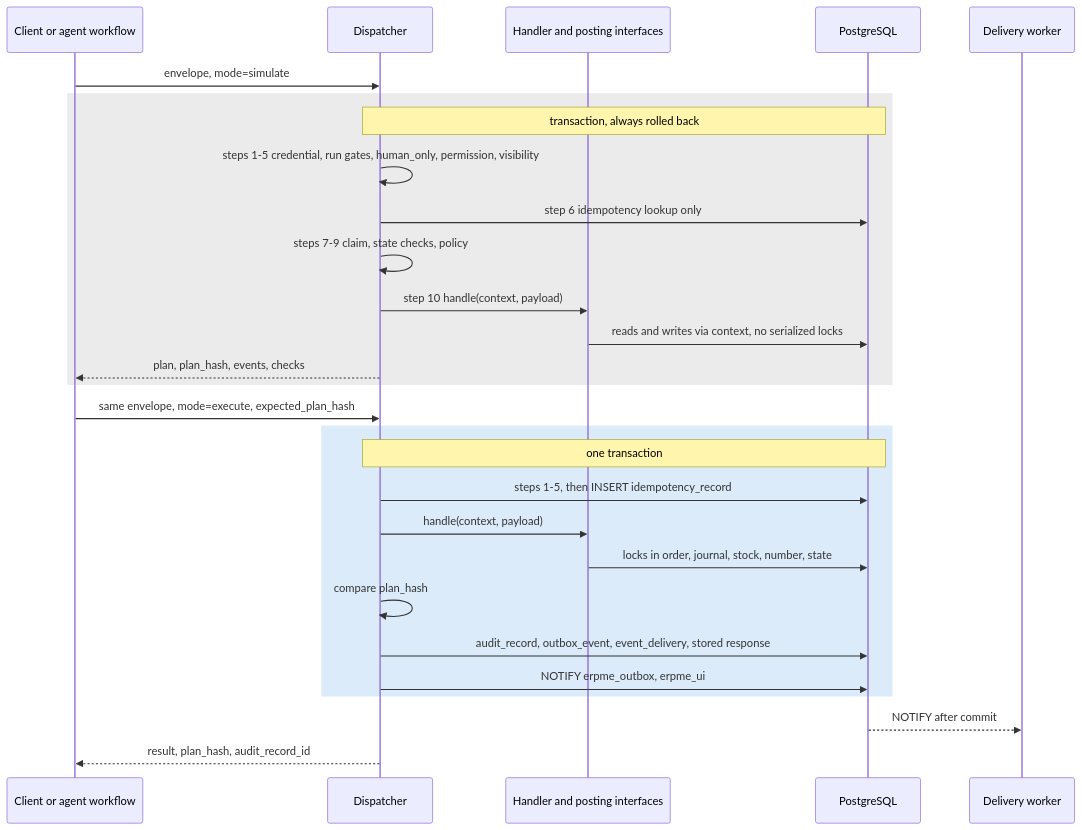
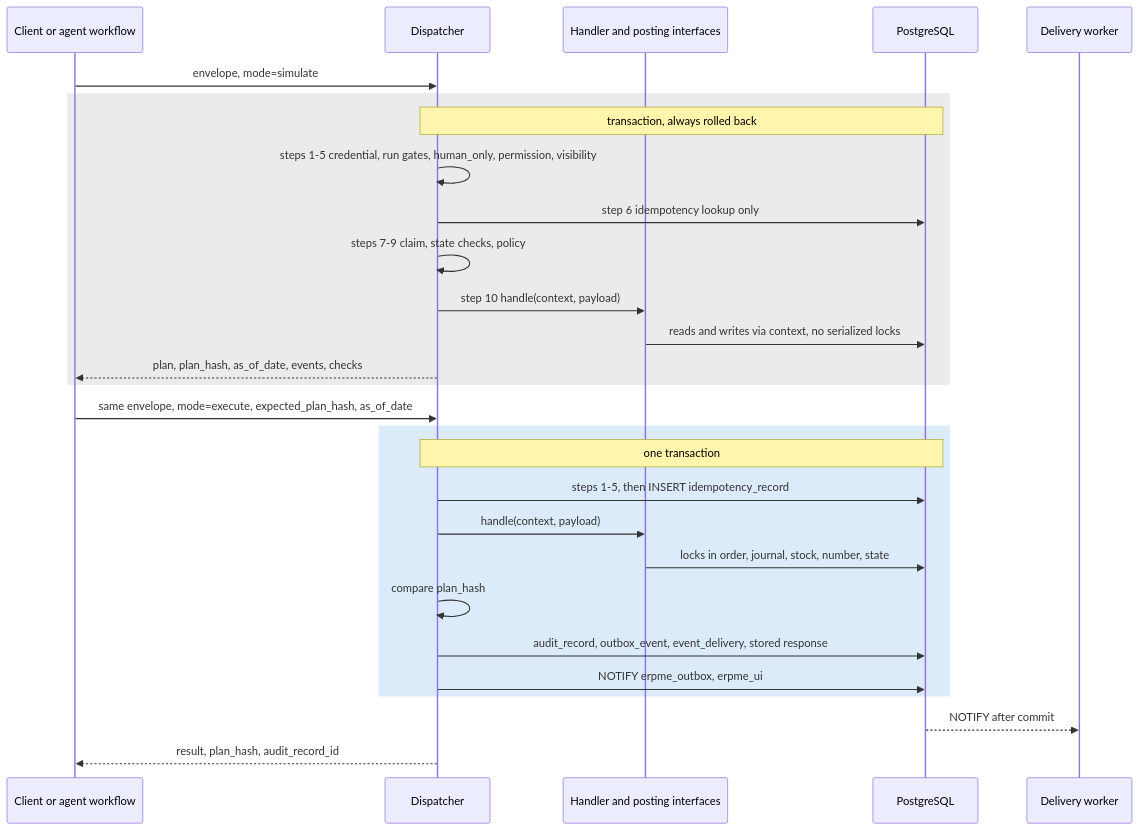
The seventh of 11 diagrams in docs/design/architecture-overview.md (AnGaudium/ERPMe), drawn with Mermaid before and after one commit. The commit also changed other lines of this file and 23 other files, not shown here.

````diff
--- a/docs/design/architecture-overview.md
+++ b/docs/design/architecture-overview.md
@@ -292,30 +294,30 @@
 ```mermaid
 sequenceDiagram
   participant C as Client or agent workflow
   participant D as Dispatcher
   participant H as Handler and posting interfaces
   participant DB as PostgreSQL
   participant W as Delivery worker
   C->>D: envelope, mode=simulate
   rect rgb(235, 235, 235)
   note over D,DB: transaction, always rolled back
   D->>D: steps 1-5 credential, run gates, human_only, permission, visibility
   D->>DB: step 6 idempotency lookup only
   D->>D: steps 7-9 claim, state checks, policy
   D->>H: step 10 handle(context, payload)
   H->>DB: reads and writes via context, no serialized locks
-  D-->>C: plan, plan_hash, events, checks
+  D-->>C: plan, plan_hash, as_of_date, events, checks
   end
-  C->>D: same envelope, mode=execute, expected_plan_hash
+  C->>D: same envelope, mode=execute, expected_plan_hash, as_of_date
   rect rgb(220, 235, 250)
   note over D,DB: one transaction
   D->>DB: steps 1-5, then INSERT idempotency_record
   D->>H: handle(context, payload)
   H->>DB: locks in order, journal, stock, number, state
   D->>D: compare plan_hash
   D->>DB: audit_record, outbox_event, event_delivery, stored response
   D->>DB: NOTIFY erpme_outbox, erpme_ui
   end
   DB-->>W: NOTIFY after commit
   D-->>C: result, plan_hash, audit_record_id
 ```
````
